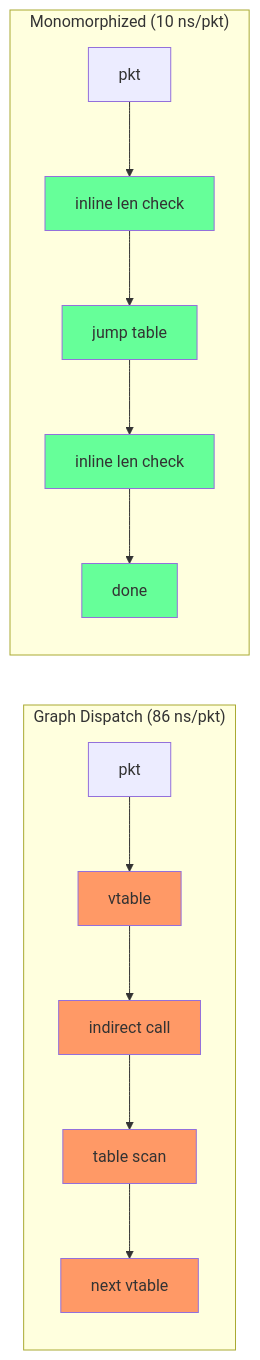
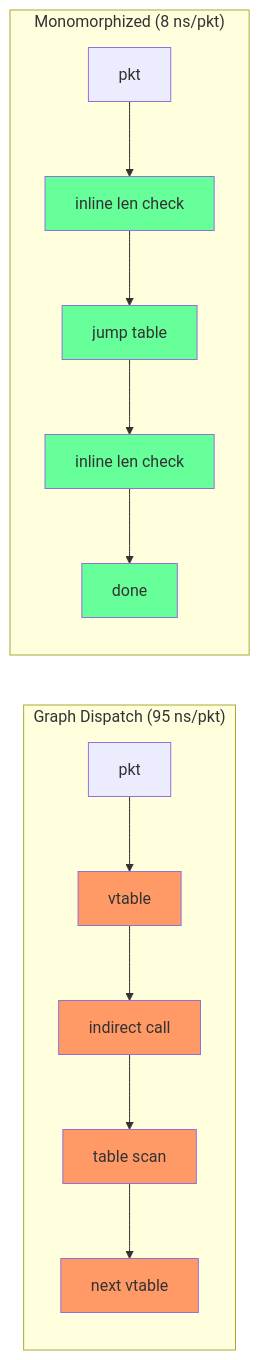
One commit to randomizedcoder/xdp2 changed the second of 3 diagrams in xdp2-rs/docs/performance-lecture.md. Above: the diagram before and after it, drawn with Mermaid. The commit also changed other lines of this file and 13 other files, not shown here.

````diff
--- a/xdp2-rs/docs/performance-lecture.md
+++ b/xdp2-rs/docs/performance-lecture.md
@@ -374,17 +375,17 @@
 ```mermaid
 flowchart LR
-    subgraph Before["Graph Dispatch (86 ns/pkt)"]
+    subgraph Before["Graph Dispatch (95 ns/pkt)"]
         A1["pkt"] --> B1["vtable"] --> C1["indirect call"] --> D1["table scan"] --> E1["next vtable"]
     end
-    subgraph After["Monomorphized (10 ns/pkt)"]
+    subgraph After["Monomorphized (8 ns/pkt)"]
         A2["pkt"] --> B2["inline len check"] --> C2["jump table"] --> D2["inline len check"] --> E2["done"]
     end
     style B1 fill:#f96
     style C1 fill:#f96
     style D1 fill:#f96
     style E1 fill:#f96
     style B2 fill:#6f9
     style C2 fill:#6f9
     style D2 fill:#6f9
     style E2 fill:#6f9
 ```
````
